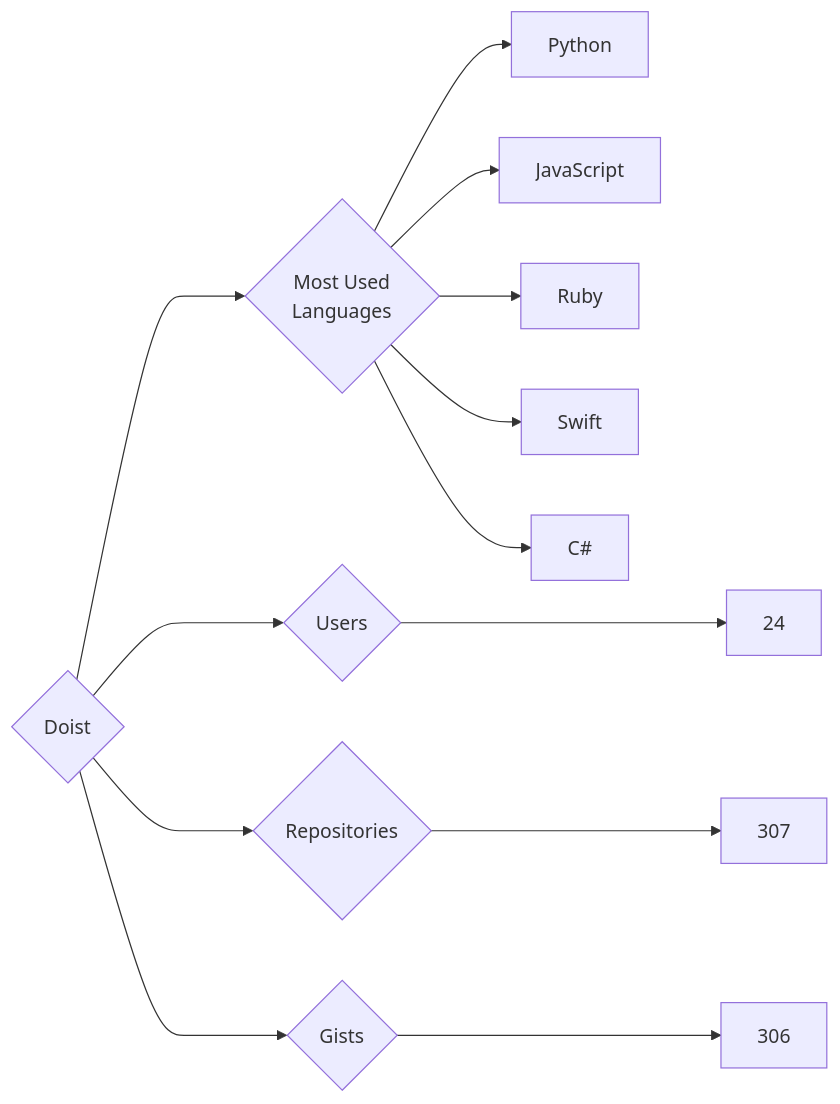
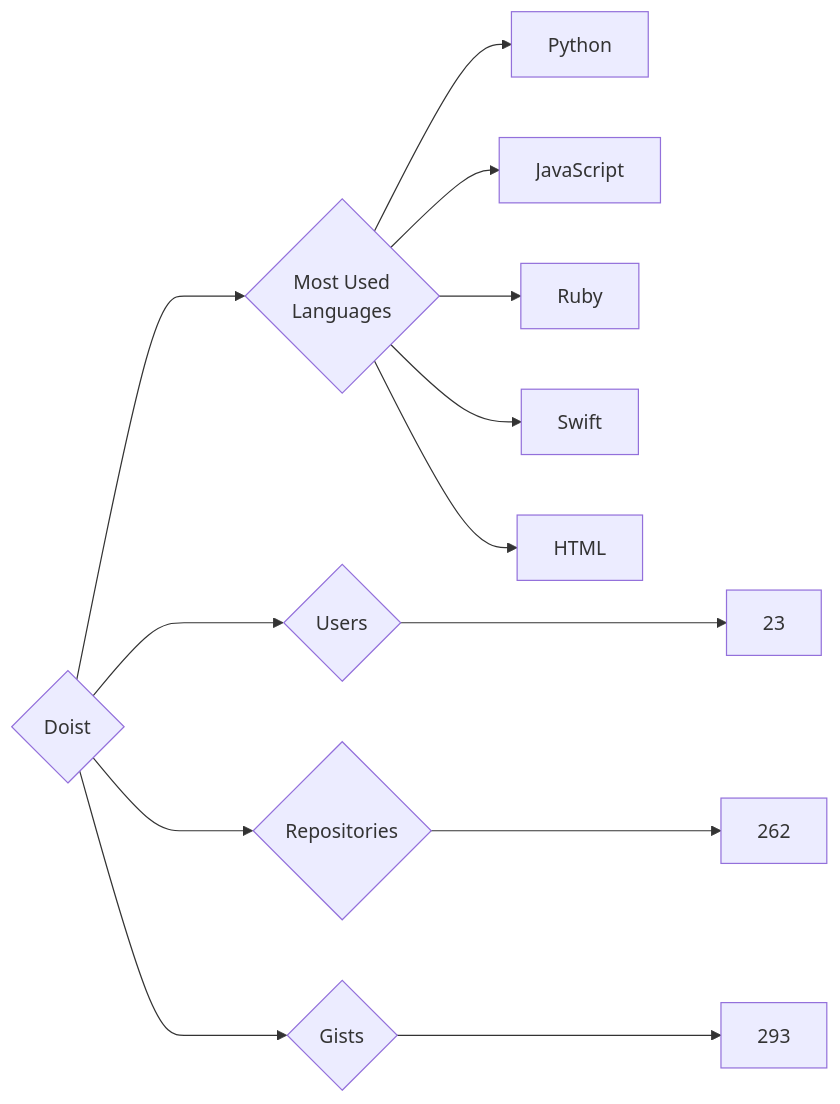
The diagram in targets/Doist/README.md (trickest/insiders), drawn with Mermaid before and after one commit. The commit also changed 837 other files, not shown here.

````diff
--- a/targets/Doist/README.md
+++ b/targets/Doist/README.md
@@ -3,13 +3,13 @@
 ```mermaid
 graph LR
 COMPANY_NAME{Doist}
-COMPANY_NAME ---> U{Users} ---> UN[24]
-COMPANY_NAME ---> R{Repositories} ---> RN[307]
-COMPANY_NAME ---> G{Gists} ---> GN[306]
+COMPANY_NAME ---> U{Users} ---> UN[23]
+COMPANY_NAME ---> R{Repositories} ---> RN[262]
+COMPANY_NAME ---> G{Gists} ---> GN[293]
 COMPANY_NAME ---> ML{Most Used<br>Languages}
 ML --> Python[Python]
 ML --> JavaScript[JavaScript]
 ML --> Ruby[Ruby]
 ML --> Swift[Swift]
-ML --> C#[C#]
+ML --> HTML[HTML]
 ```
````
